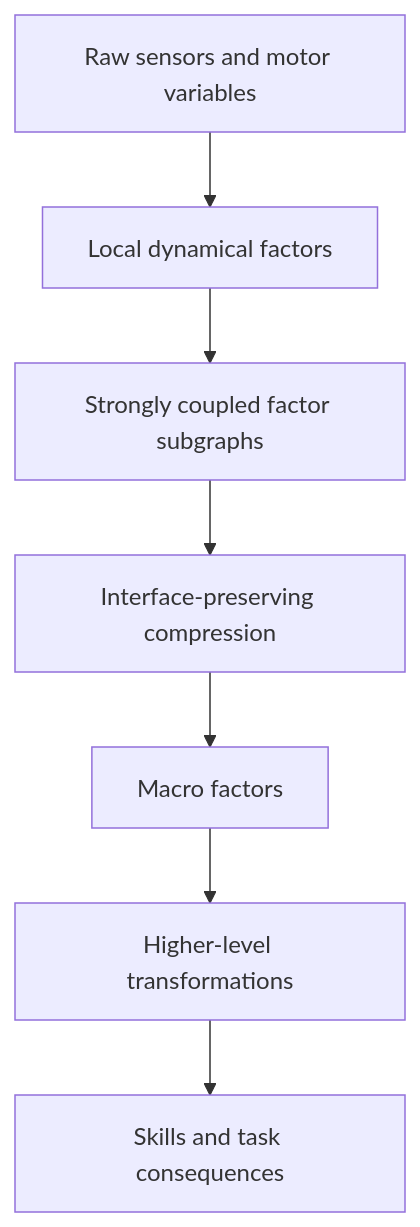
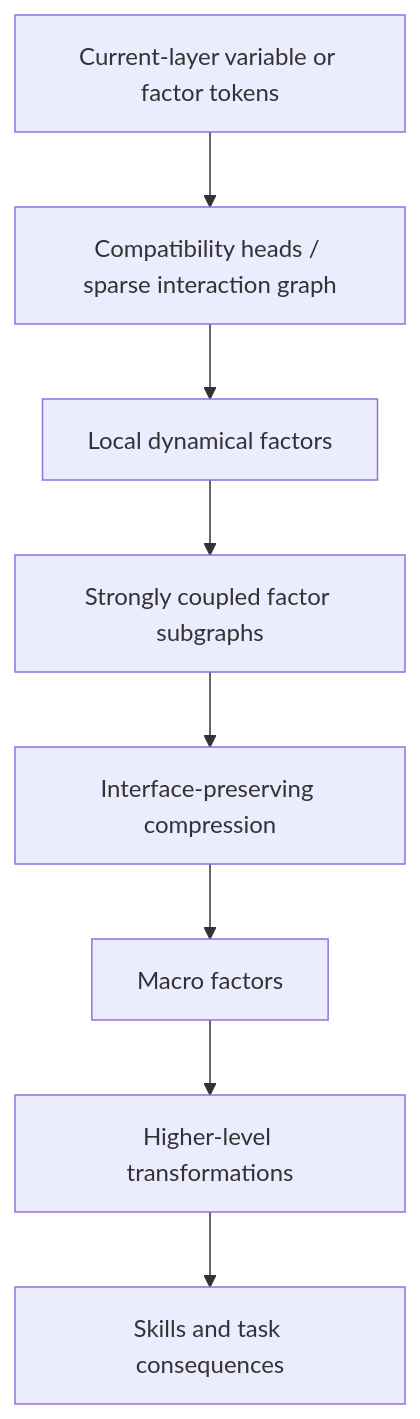
Before and after one commit to spencerbug/spencerbug.github.io: the fourth of 6 diagrams in _posts/2026-08-22-predictive-control-factor-hierarchy.md, drawn with Mermaid. The commit also changed other lines of this file, not shown here.

Commit message:
Clarify predictive factor hierarchy from review feedback

````diff
--- a/_posts/2026-08-22-predictive-control-factor-hierarchy.md
+++ b/_posts/2026-08-22-predictive-control-factor-hierarchy.md
@@ -344,9 +525,19 @@
 ```mermaid
 flowchart TD
-    A[Raw sensors and motor variables] --> B[Local dynamical factors]
-    B --> C[Strongly coupled factor subgraphs]
-    C --> D[Interface-preserving compression]
-    D --> E[Macro factors]
-    E --> F[Higher-level transformations]
-    F --> G[Skills and task consequences]
+    A[Current-layer variable or factor tokens]
+    B[Compatibility heads / sparse interaction graph]
+    C[Local dynamical factors]
+    D[Strongly coupled factor subgraphs]
+    E[Interface-preserving compression]
+    F[Macro factors]
+    G[Higher-level transformations]
+    H[Skills and task consequences]
+
+    A --> B
+    B --> C
+    C --> D
+    D --> E
+    E --> F
+    F --> G
+    G --> H
 ```
````
